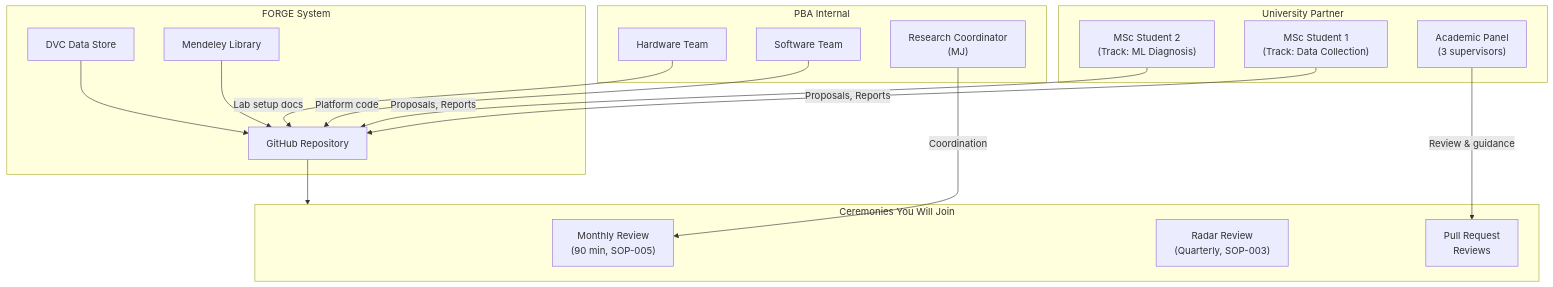
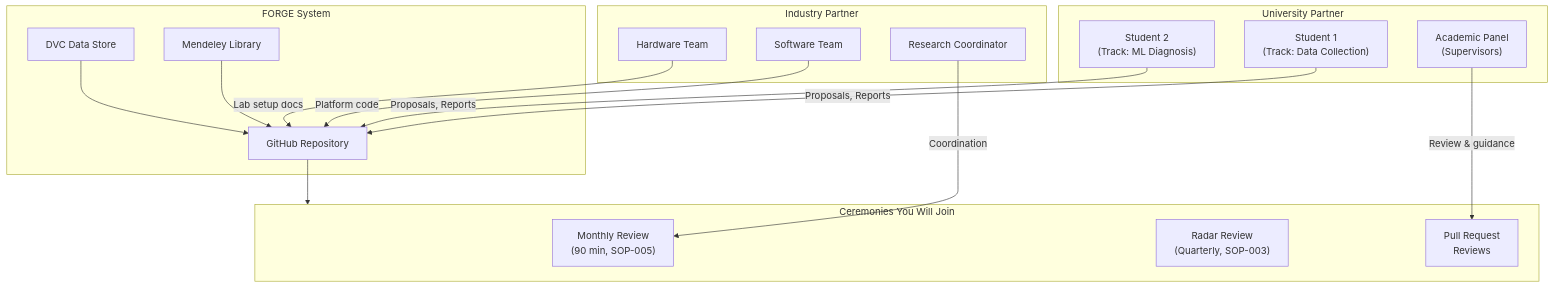
The diagram in sops/SOP-001-onboarding.md (malithjkd/FORGE), drawn with Mermaid before and after one commit. The commit also changed 11 other files, not shown here.

````diff
--- a/sops/SOP-001-onboarding.md
+++ b/sops/SOP-001-onboarding.md
@@ -11,37 +11,37 @@
 ```mermaid
 flowchart TB
     subgraph UOM["University Partner"]
-        S1["MSc Student 1\n(Track: Data Collection)"]
-        S2["MSc Student 2\n(Track: ML Diagnosis)"]
-        AP["Academic Panel\n(3 supervisors)"]
+        S1["Student 1\n(Track: Data Collection)"]
+        S2["Student 2\n(Track: ML Diagnosis)"]
+        AP["Academic Panel\n(Supervisors)"]
     end
 
-    subgraph PBA["PBA Internal"]
-        RC["Research Coordinator\n(MJ)"]
+    subgraph INDUSTRY["Industry Partner"]
+        RC["Research Coordinator"]
         SW["Software Team"]
         HW["Hardware Team"]
     end
 
     subgraph FORGE_SYS["FORGE System"]
         REPO["GitHub Repository"]
         ZOT["Mendeley Library"]
         DVC_S["DVC Data Store"]
     end
 
     subgraph CEREMONIES["Ceremonies You Will Join"]
         MR["Monthly Review\n(90 min, SOP-005)"]
         RR["Radar Review\n(Quarterly, SOP-003)"]
         PR["Pull Request\nReviews"]
     end
 
     S1 -->|"Proposals, Reports"| REPO
     S2 -->|"Proposals, Reports"| REPO
     AP -->|"Review & guidance"| PR
     RC -->|"Coordination"| MR
     SW -->|"Platform code"| REPO
     HW -->|"Lab setup docs"| REPO
 
     REPO --> CEREMONIES
     ZOT --> REPO
     DVC_S --> REPO
 ```
````
